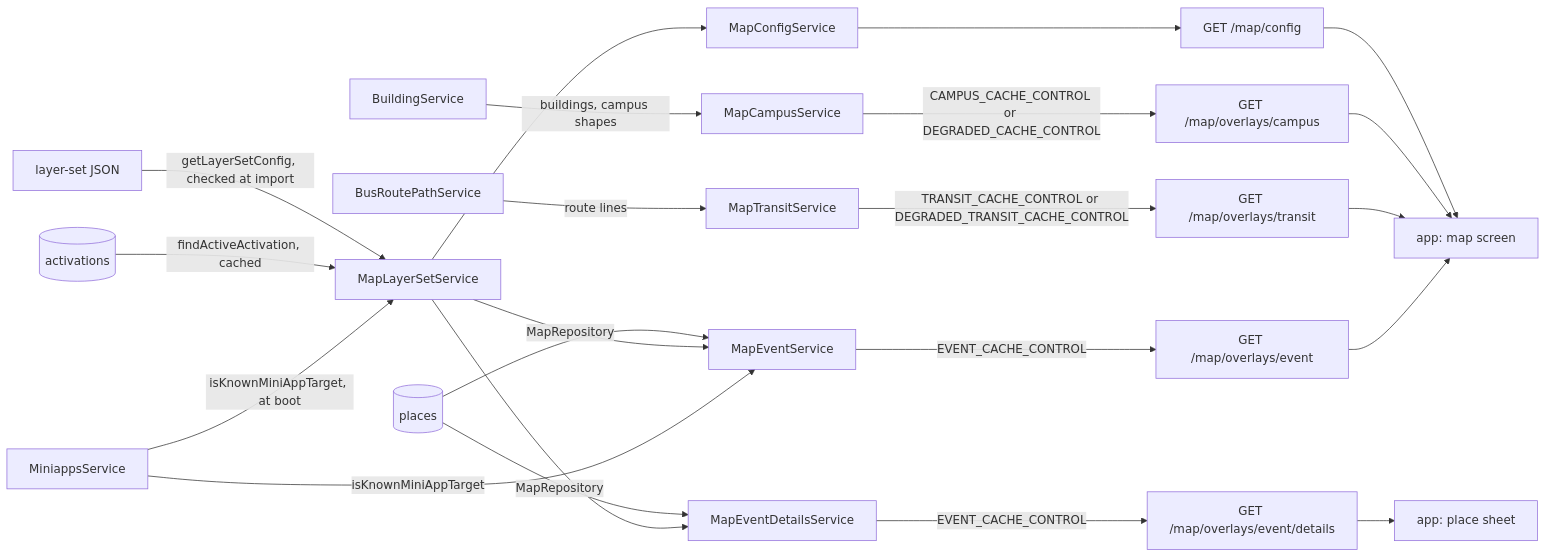
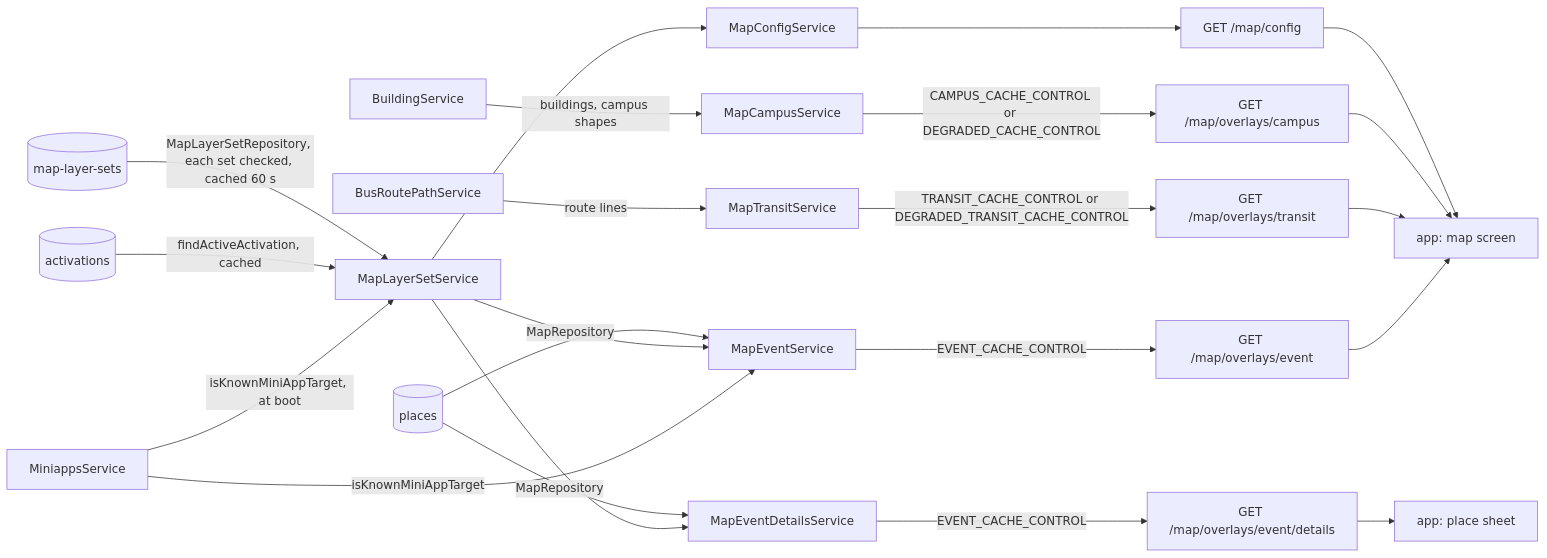
The diagram in docs/explanation/map-architecture.md (skkuverse/skkuverse-server), drawn with Mermaid before and after one commit. The commit also changed other lines of this file and 5 other files, not shown here.

Commit message:
docs(map): the festival layer sets are the map-layer-sets dataset

````diff
--- a/docs/explanation/map-architecture.md
+++ b/docs/explanation/map-architecture.md
@@ -53,24 +54,24 @@
 ```mermaid
 flowchart LR
-  file["layer-set JSON"] -->|getLayerSetConfig, checked at import| layerSet["MapLayerSetService"]
+  sets[("map-layer-sets")] -->|MapLayerSetRepository, each set checked, cached 60 s| layerSet["MapLayerSetService"]
   acts[("activations")] -->|findActiveActivation, cached| layerSet
   places[("places")] -->|MapRepository| event["MapEventService"]
   places -->|MapRepository| details["MapEventDetailsService"]
   layerSet --> config["MapConfigService"]
   layerSet --> event
   layerSet --> details
   building["BuildingService"] -->|buildings, campus shapes| campus["MapCampusService"]
   miniapps["MiniappsService"] -->|isKnownMiniAppTarget| event
   miniapps -->|isKnownMiniAppTarget, at boot| layerSet
   config --> r1["GET /map/config"]
   campus -->|CAMPUS_CACHE_CONTROL or DEGRADED_CACHE_CONTROL| r2["GET /map/overlays/campus"]
   bus["BusRoutePathService"] -->|route lines| transit["MapTransitService"]
   transit -->|TRANSIT_CACHE_CONTROL or DEGRADED_TRANSIT_CACHE_CONTROL| r5["GET /map/overlays/transit"]
   event -->|EVENT_CACHE_CONTROL| r3["GET /map/overlays/event"]
   details -->|EVENT_CACHE_CONTROL| r4["GET /map/overlays/event/details"]
   r1 --> screen["app: map screen"]
   r2 --> screen
   r5 --> screen
   r3 --> screen
   r4 --> sheet["app: place sheet"]
 ```
````
